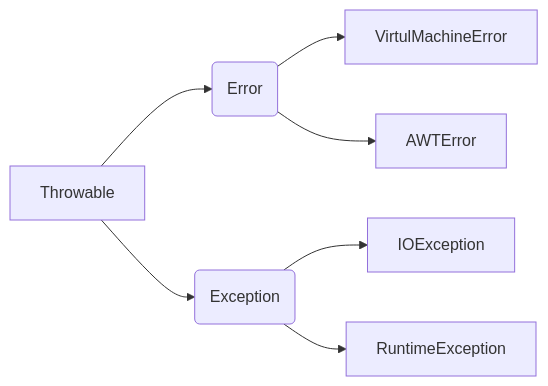
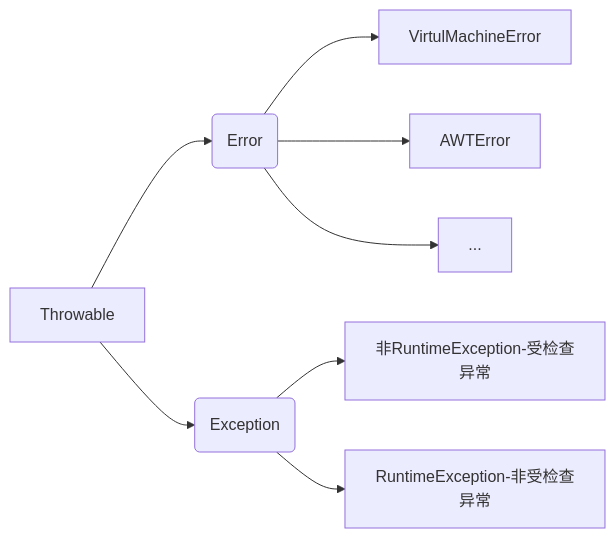
One commit to Wh0ami-hy/Wh0ami-hy.github.io changed the first of 3 diagrams in _posts/2023-02-12-Java中级.md. Above: the diagram before and after it, drawn with Mermaid. The commit also changed other lines of this file and 1 other file, not shown here.

````diff
--- a/_posts/2023-02-12-Java中级.md
+++ b/_posts/2023-02-12-Java中级.md
@@ -30,10 +16,10 @@
 ```mermaid
 graph LR
 Throwable--> A(Error)
 A-->VirtulMachineError
 A-->AWTError
+A-->...
 Throwable--> B(Exception)
-B-->IOException
-B-->RuntimeException
-
+B-->非RuntimeException-受检查异常
+B-->RuntimeException-非受检查异常
 ```
````
